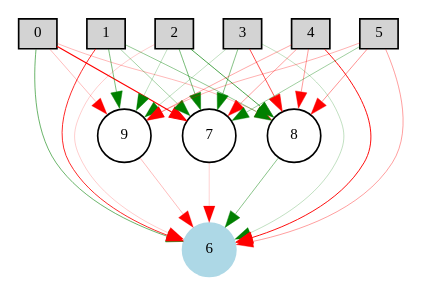
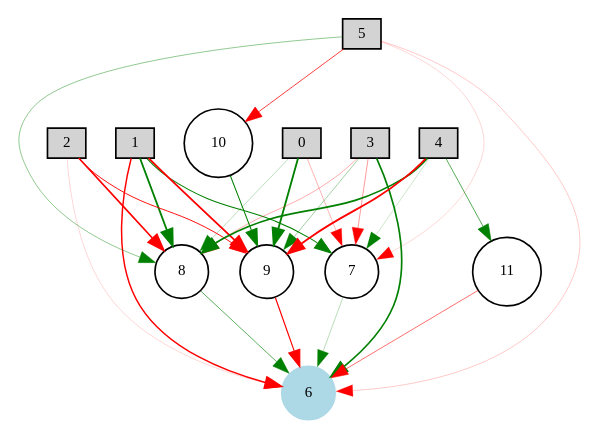
Before and after one commit to arkadyark/PongAI: the diagram in 2015-2016/neat_ai/old/2:26:16/nn_winner-enabled-pruned.gv, drawn with Graphviz. The commit also changed 37 other files, not shown here.

```diff
--- a/2015-2016/neat_ai/old/2:26:16/nn_winner-enabled-pruned.gv
+++ b/2015-2016/neat_ai/old/2:26:16/nn_winner-enabled-pruned.gv
@@ -1,37 +1,37 @@
 digraph {
 	node [fontsize=9 height=0.2 shape=circle width=0.2]
 		0 [shape=box style=filled]
 		1 [shape=box style=filled]
 		2 [shape=box style=filled]
 		3 [shape=box style=filled]
 		4 [shape=box style=filled]
 		5 [shape=box style=filled]
 		6 [color=lightblue style=filled]
-			5 -> 9 [color=red penwidth=0.187110933202 style=solid]
-			4 -> 7 [color=red penwidth=0.229015806464 style=solid]
-			4 -> 8 [color=red penwidth=0.243534235532 style=solid]
-			5 -> 6 [color=red penwidth=0.227740080423 style=solid]
-			2 -> 8 [color=green penwidth=0.429068330701 style=solid]
-			0 -> 7 [color=red penwidth=0.690366725942 style=solid]
-			1 -> 6 [color=red penwidth=0.502106928483 style=solid]
-			3 -> 7 [color=green penwidth=0.294170032416 style=solid]
-			5 -> 8 [color=red penwidth=0.262136097191 style=solid]
-			4 -> 9 [color=red penwidth=0.205646290231 style=solid]
-			2 -> 9 [color=green penwidth=0.149788863459 style=solid]
-			7 -> 6 [color=red penwidth=0.110139157634 style=solid]
-			3 -> 6 [color=green penwidth=0.1463420482 style=solid]
-			8 -> 6 [color=green penwidth=0.276885622209 style=solid]
-			2 -> 6 [color=red penwidth=0.116579774035 style=solid]
-			3 -> 9 [color=green penwidth=0.146425738607 style=solid]
-			1 -> 9 [color=green penwidth=0.313186879672 style=solid]
-			0 -> 8 [color=red penwidth=0.168354787391 style=solid]
-			9 -> 6 [color=red penwidth=0.157584082996 style=solid]
-			2 -> 7 [color=green penwidth=0.324686031144 style=solid]
-			4 -> 6 [color=red penwidth=0.573815077852 style=solid]
-			5 -> 7 [color=green penwidth=0.233371466947 style=solid]
-			3 -> 8 [color=red penwidth=0.420598335541 style=solid]
-			0 -> 6 [color=green penwidth=0.353728490096 style=solid]
-			1 -> 8 [color=green penwidth=0.258806869949 style=solid]
-			1 -> 7 [color=green penwidth=0.21304113933 style=solid]
-			0 -> 9 [color=red penwidth=0.158353396598 style=solid]
+			4 -> 7 [color=green penwidth=0.12223112079 style=solid]
+			4 -> 8 [color=green penwidth=1.03039774423 style=solid]
+			5 -> 6 [color=red penwidth=0.128313712359 style=solid]
+			2 -> 8 [color=red penwidth=0.992174455445 style=solid]
+			0 -> 7 [color=red penwidth=0.181136802415 style=solid]
+			1 -> 6 [color=red penwidth=0.876361536796 style=solid]
+			3 -> 7 [color=red penwidth=0.23663591882 style=solid]
+			5 -> 8 [color=green penwidth=0.264509623683 style=solid]
+			4 -> 9 [color=red penwidth=1.1 style=solid]
+			2 -> 9 [color=red penwidth=0.56356219186 style=solid]
+			7 -> 6 [color=green penwidth=0.165585300342 style=solid]
+			3 -> 6 [color=green penwidth=0.999734995422 style=solid]
+			8 -> 6 [color=green penwidth=0.376710483828 style=solid]
+			10 -> 9 [color=green penwidth=0.617056390366 style=solid]
+			2 -> 6 [color=red penwidth=0.10342865607 style=solid]
+			3 -> 9 [color=green penwidth=0.221573385783 style=solid]
+			1 -> 9 [color=red penwidth=1.1 style=solid]
+			0 -> 8 [color=green penwidth=0.159706728741 style=solid]
+			9 -> 6 [color=red penwidth=0.689426472457 style=solid]
+			4 -> 11 [color=green penwidth=0.395548660193 style=solid]
+			5 -> 10 [color=red penwidth=0.453607877026 style=solid]
+			5 -> 7 [color=red penwidth=0.102051612322 style=solid]
+			3 -> 8 [color=red penwidth=0.197342748691 style=solid]
+			1 -> 8 [color=green penwidth=1.1 style=solid]
+			1 -> 7 [color=green penwidth=0.61584828945 style=solid]
+			0 -> 9 [color=green penwidth=1.1 style=solid]
+			11 -> 6 [color=red penwidth=0.335219445727 style=solid]
 }
```
